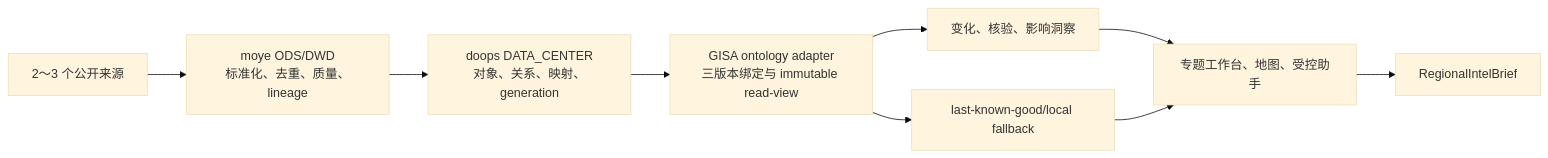
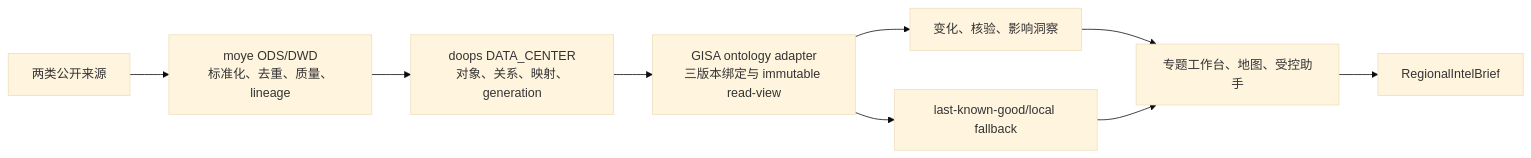
One commit to isxylands/dy-inta changed the second of 2 diagrams in devdoc/PRD-v6-中东实时情报分析演示内部方案与实施计划-20260722.md. Above: the diagram before and after it, drawn with Mermaid (base theme). The commit also changed other lines of this file and 1 other file, not shown here.

````diff
--- a/devdoc/PRD-v6-中东实时情报分析演示内部方案与实施计划-20260722.md
+++ b/devdoc/PRD-v6-中东实时情报分析演示内部方案与实施计划-20260722.md
@@ -477,11 +487,11 @@
 ```mermaid
 flowchart LR
-  S["2～3 个公开来源"] --> M["moye ODS/DWD<br/>标准化、去重、质量、lineage"]
+  S["两类公开来源"] --> M["moye ODS/DWD<br/>标准化、去重、质量、lineage"]
   M --> O["doops DATA_CENTER<br/>对象、关系、映射、generation"]
   O --> A["GISA ontology adapter<br/>三版本绑定与 immutable read-view"]
   A --> I["变化、核验、影响洞察"]
   I --> U["专题工作台、地图、受控助手"]
   U --> B["RegionalIntelBrief"]
   A --> F["last-known-good/local fallback"]
   F --> U
 ```
````
